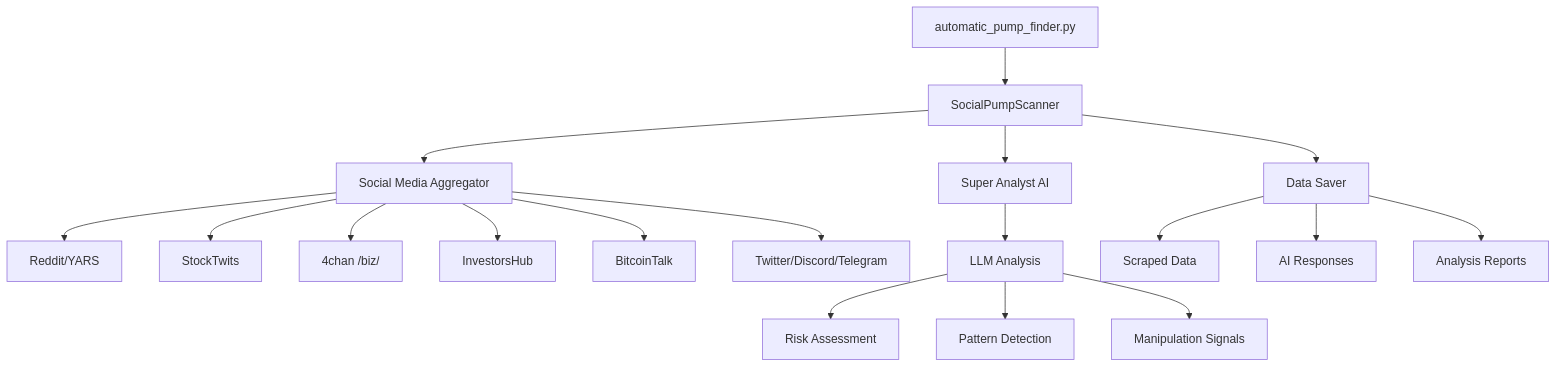
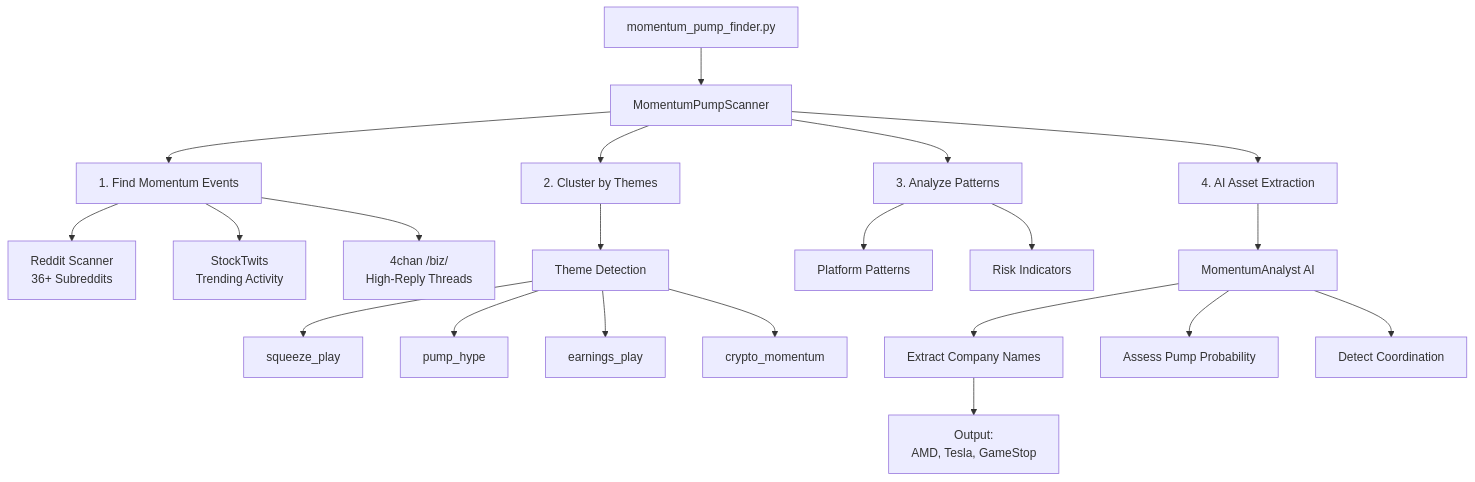
Before and after one commit to lodetomasi/the-intelligent-llm-investor: the diagram in README.md, drawn with Mermaid. The commit also changed other lines of this file and 11 other files, not shown here.

````diff
--- a/README.md
+++ b/README.md
@@ -32,23 +134,29 @@
 ```mermaid
-graph TB
-    A[automatic_pump_finder.py] --> B[SocialPumpScanner]
-    B --> C[Social Media Aggregator]
-    B --> D[Super Analyst AI]
-    B --> E[Data Saver]
+graph TD
+    A[momentum_pump_finder.py] --> B[MomentumPumpScanner]
     
-    C --> F[Reddit/YARS]
-    C --> G[StockTwits]
-    C --> H[4chan /biz/]
-    C --> I[InvestorsHub]
-    C --> J[BitcoinTalk]
-    C --> K[Twitter/Discord/Telegram]
+    B --> C[1. Find Momentum Events]
+    B --> D[2. Cluster by Themes]
+    B --> E[3. Analyze Patterns]
+    B --> F[4. AI Asset Extraction]
     
-    D --> L[LLM Analysis]
-    L --> M[Risk Assessment]
-    L --> N[Pattern Detection]
-    L --> O[Manipulation Signals]
+    C --> G[Reddit Scanner<br/>36+ Subreddits]
+    C --> H[StockTwits<br/>Trending Activity]
+    C --> I[4chan /biz/<br/>High-Reply Threads]
     
-    E --> P[Scraped Data]
-    E --> Q[AI Responses]
-    E --> R[Analysis Reports]
+    D --> J[Theme Detection]
+    J --> K[squeeze_play]
+    J --> L[pump_hype]
+    J --> M[earnings_play]
+    J --> N[crypto_momentum]
+    
+    E --> O[Platform Patterns]
+    E --> P[Risk Indicators]
+    
+    F --> Q[MomentumAnalyst AI]
+    Q --> R[Extract Company Names]
+    Q --> S[Assess Pump Probability]
+    Q --> T[Detect Coordination]
+    
+    R --> U[Output:<br/>AMD, Tesla, GameStop]
 ```
````
